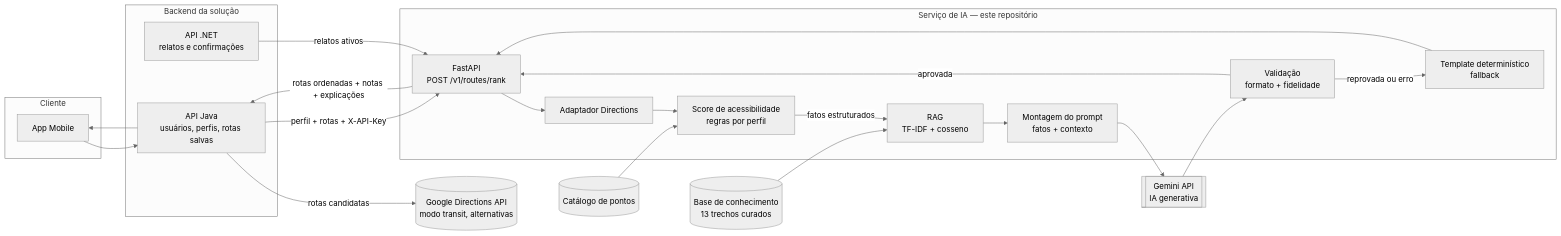
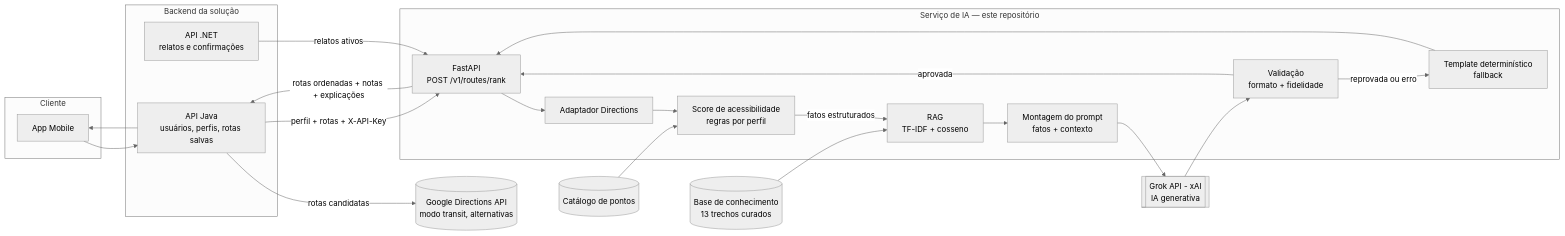
One commit to Emanuel-italo/Backend-IA changed the diagram in rota-leve-ai/README.md. Above: the diagram before and after it, drawn with Mermaid (neutral theme). The commit also changed other lines of this file, not shown here.

Commit message:
Adicionando README ao projeto, para documentação de como funciona a API + LLM

````diff
--- a/rota-leve-ai/README.md
+++ b/rota-leve-ai/README.md
@@ -42,37 +43,37 @@
 ```mermaid
 flowchart LR
     subgraph Cliente
         M[App Mobile]
     end
     subgraph Backend da solução
         N[API .NET<br/>relatos e confirmações]
         J[API Java<br/>usuários, perfis, rotas salvas]
     end
     G[(Google Directions API<br/>modo transit, alternativas)]
 
     subgraph IA[Serviço de IA — este repositório]
         A[FastAPI<br/>POST /v1/routes/rank]
         AD[Adaptador Directions]
         S[Score de acessibilidade<br/>regras por perfil]
         R[RAG<br/>TF-IDF + cosseno]
         P[Montagem do prompt<br/>fatos + contexto]
         V[Validação<br/>formato + fidelidade]
         T[Template determinístico<br/>fallback]
     end
     KB[(Base de conhecimento<br/>13 trechos curados)]
     C[(Catálogo de pontos)]
-    L[[Gemini API<br/>IA generativa]]
+    L[[Grok API - xAI<br/>IA generativa]]
 
     M --> J
     J -->|rotas candidatas| G
     J -->|perfil + rotas + X-API-Key| A
     N -->|relatos ativos| A
     A --> AD --> S
     C --> S
     S -->|fatos estruturados| R
     KB --> R
     R --> P --> L --> V
     V -->|aprovada| A
     V -->|reprovada ou erro| T --> A
     A -->|rotas ordenadas + notas + explicações| J --> M
 ```
````
